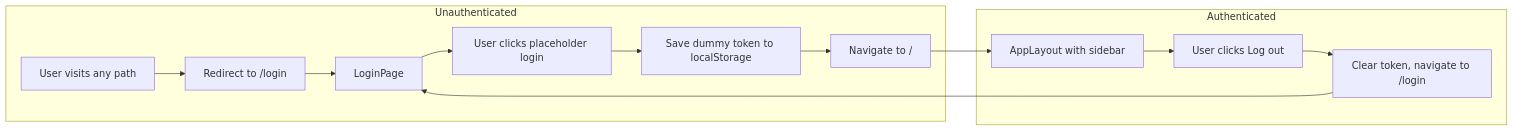
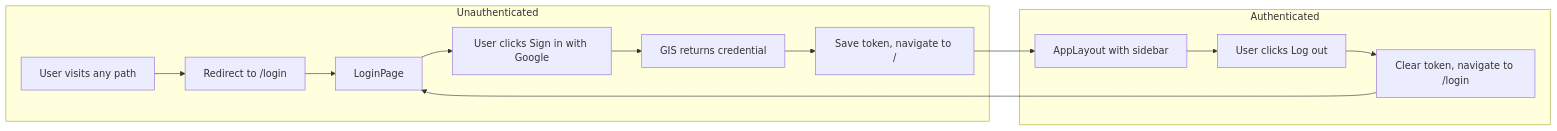
One commit to jocaruser/illo3d changed the second of 2 diagrams in docs/architecture/app-shell-and-auth.md. Above: the diagram before and after it, drawn with Mermaid. The commit also changed other lines of this file and 14 other files, not shown here.

Commit message:
feat(auth): add Sign in with Google (GIS)

````diff
--- a/docs/architecture/app-shell-and-auth.md
+++ b/docs/architecture/app-shell-and-auth.md
@@ -43,17 +43,17 @@
 ```mermaid
 flowchart LR
   subgraph unauthenticated [Unauthenticated]
     A[User visits any path] --> B[Redirect to /login]
     B --> C[LoginPage]
-    C --> D[User clicks placeholder login]
-    D --> E[Save dummy token to localStorage]
-    E --> F[Navigate to /]
+    C --> D[User clicks Sign in with Google]
+    D --> E[GIS returns credential]
+    E --> F[Save token, navigate to /]
   end
 
   subgraph authenticated [Authenticated]
     F --> G[AppLayout with sidebar]
     G --> H[User clicks Log out]
     H --> I[Clear token, navigate to /login]
     I --> C
   end
 ```
````
